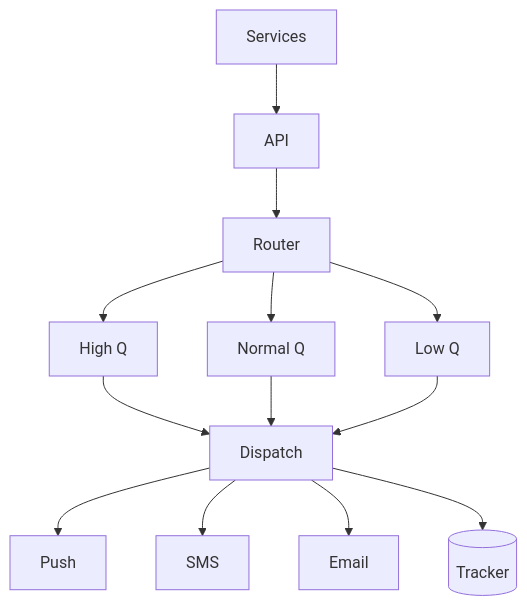
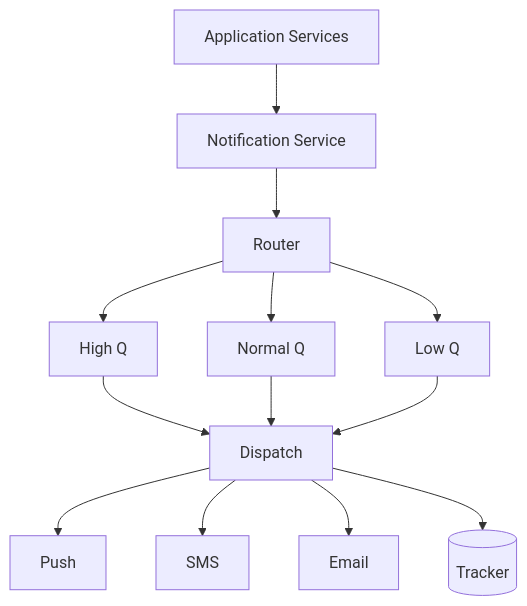
The diagram in site/content/designs/notification-system.md (huangsam/systology), drawn with Mermaid before and after one commit. The commit also changed other lines of this file and 2 other files, not shown here.

Commit message:
Enhance content across designs

```diff
--- a/site/content/designs/notification-system.md
+++ b/site/content/designs/notification-system.md
@@ -35,15 +35,15 @@
 {{< mermaid >}}
 graph TD
-    Services --> API
-    API --> Router
+    A[Application Services] --> B[Notification Service]
+    B --> Router
     Router --> HQ[High Q]
     Router --> NQ[Normal Q]
     Router --> LQ[Low Q]
     HQ --> Dispatch
     NQ --> Dispatch
     LQ --> Dispatch
     Dispatch --> Push
     Dispatch --> SMS
     Dispatch --> Email
     Dispatch --> Tracker[(Tracker)]
 {{< /mermaid >}}
```
